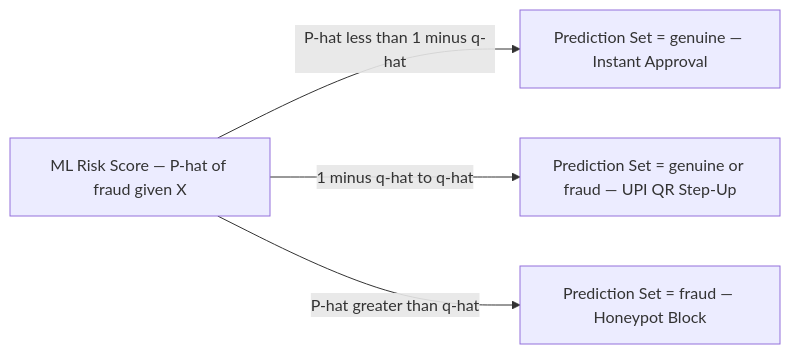
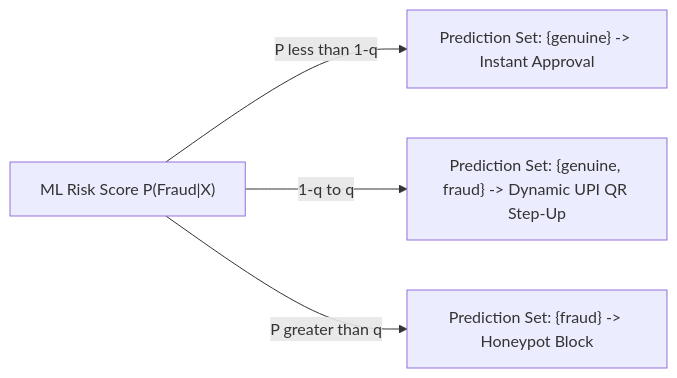
Before and after one commit to GeekLuffy/RazorVigil: the second of 2 diagrams in README.md, drawn with Mermaid. The commit also changed other lines of this file, not shown here.

First line of the commit message:
fix(readme): ensure 100% GitHub Markdown, Mermaid, and KaTeX compatibility

````diff
--- a/README.md
+++ b/README.md
@@ -93,8 +103,8 @@
 ```mermaid
 flowchart LR
-    SCORE["ML Risk Score — P-hat of fraud given X"]
-
-    SCORE -->|"P-hat less than 1 minus q-hat"| GENUINE["Prediction Set = genuine — Instant Approval"]
-    SCORE -->|"1 minus q-hat to q-hat"| UNCERTAIN["Prediction Set = genuine or fraud — UPI QR Step-Up"]
-    SCORE -->|"P-hat greater than q-hat"| FRAUD["Prediction Set = fraud — Honeypot Block"]
+    SCORE["ML Risk Score P(Fraud|X)"]
+    
+    SCORE -->|P less than 1-q| GENUINE["Prediction Set: {genuine} -> Instant Approval"]
+    SCORE -->|1-q to q| UNCERTAIN["Prediction Set: {genuine, fraud} -> Dynamic UPI QR Step-Up"]
+    SCORE -->|P greater than q| FRAUD["Prediction Set: {fraud} -> Honeypot Block"]
 ```
````
